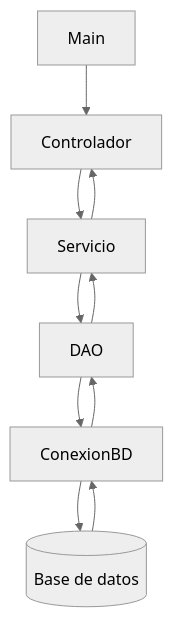
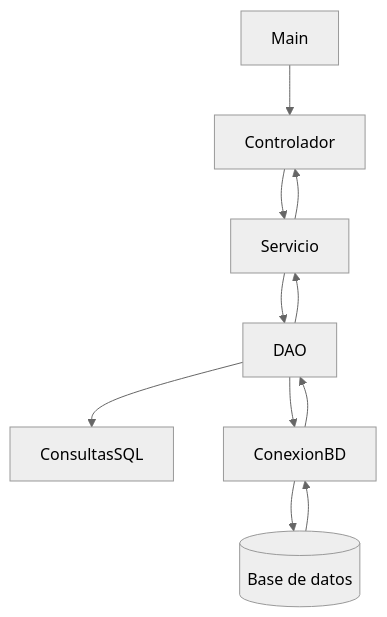
The ninth of 9 diagrams in Stands-Filey/DiagramaClases/DiagramaClases.md (Javtamata145/StandsFiley-POO), drawn with Mermaid (neutral theme) before and after one commit. The commit also changed other lines of this file and 23 other files, not shown here.

````diff
--- a/Stands-Filey/DiagramaClases/DiagramaClases.md
+++ b/Stands-Filey/DiagramaClases/DiagramaClases.md
@@ -432,12 +579,13 @@
 ```mermaid
 flowchart TD
     A[Main] --> B[Controlador]
     B --> C[Servicio]
     C --> D[DAO]
+    D --> Q[ConsultasSQL]
     D --> E[ConexionBD]
     E --> F[(Base de datos)]
     F --> E
     E --> D
     D --> C
     C --> B
 ```
````
